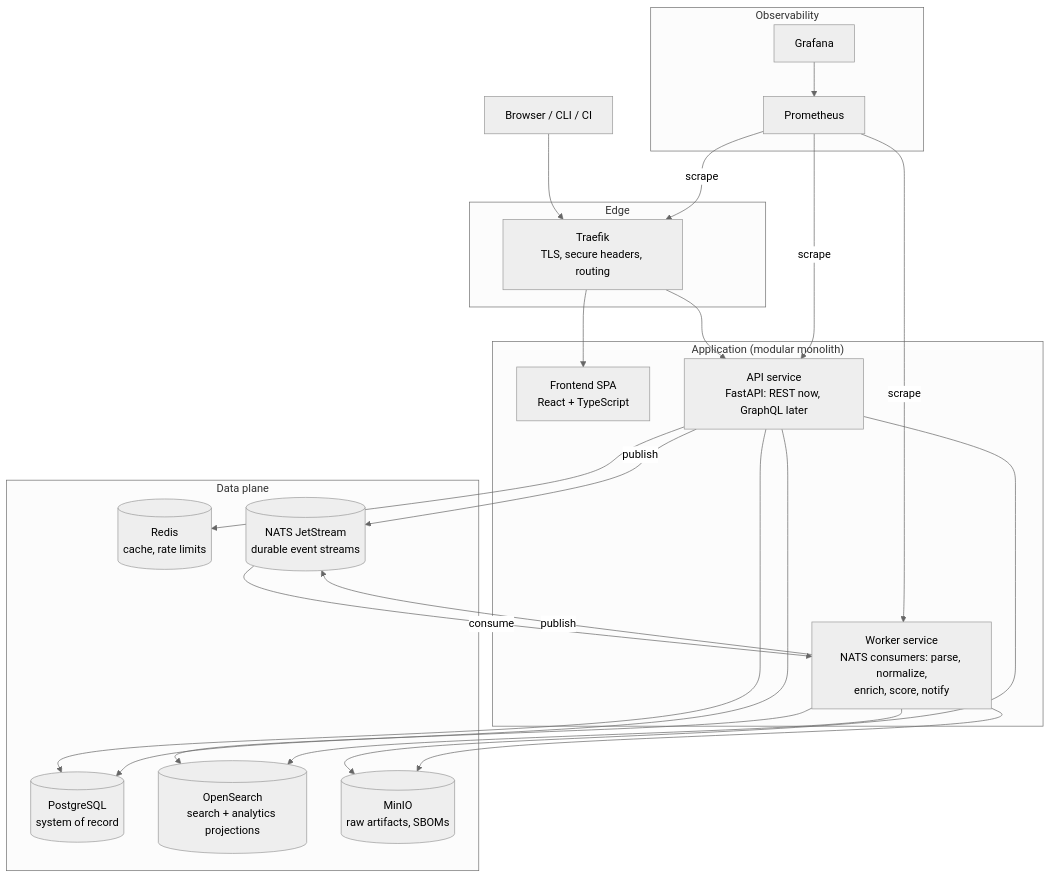
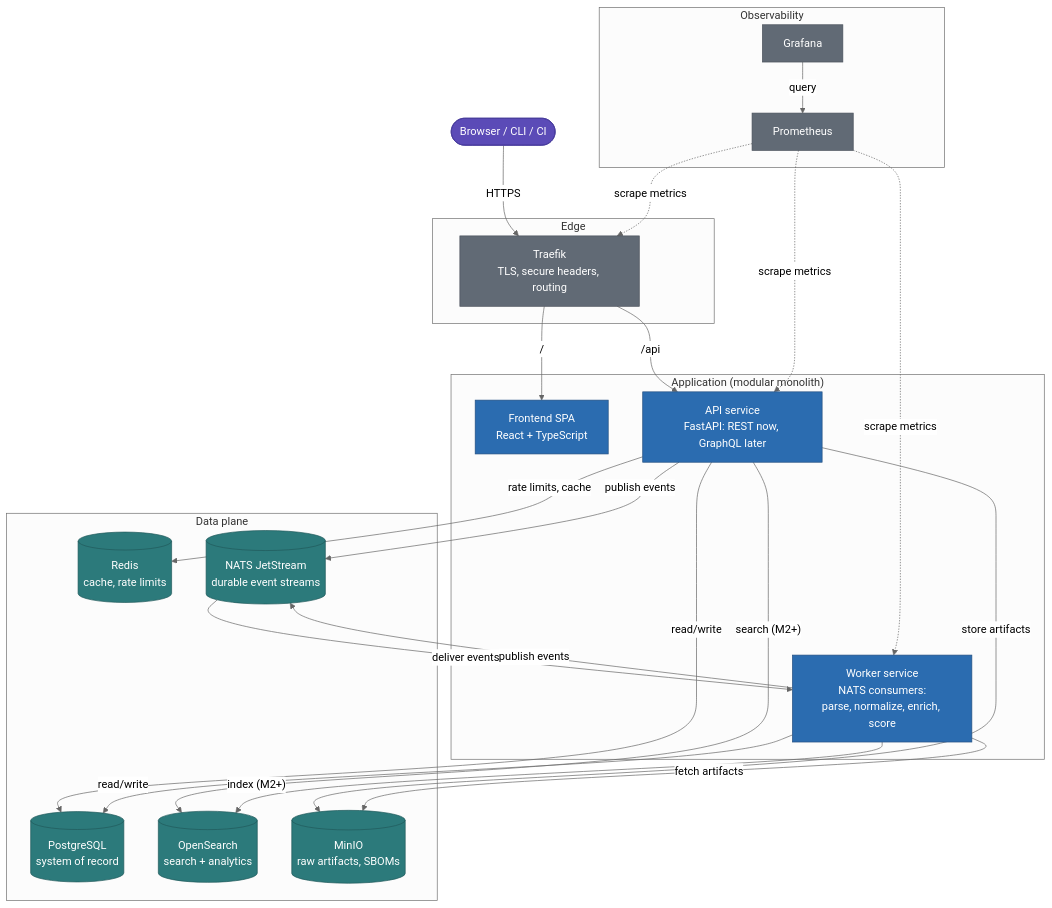
The second of 3 diagrams in docs/architecture/overview.md (PhinehasNarh/vuln-console), drawn with Mermaid (neutral theme) before and after one commit. The commit also changed other lines of this file and 98 other files, not shown here.

````diff
--- a/docs/architecture/overview.md
+++ b/docs/architecture/overview.md
@@ -55,45 +66,54 @@
 ```mermaid
 flowchart TB
-    user["Browser / CLI / CI"]
+    user(["Browser / CLI / CI"])
 
     subgraph edge["Edge"]
-        traefik["Traefik\nTLS, secure headers, routing"]
+        traefik["Traefik<br/>TLS, secure headers, routing"]
     end
 
     subgraph apps["Application (modular monolith)"]
-        spa["Frontend SPA\nReact + TypeScript"]
-        api["API service\nFastAPI: REST now, GraphQL later"]
-        worker["Worker service\nNATS consumers: parse, normalize,\nenrich, score, notify"]
+        spa["Frontend SPA<br/>React + TypeScript"]
+        api["API service<br/>FastAPI: REST now, GraphQL later"]
+        worker["Worker service<br/>NATS consumers:<br/>parse, normalize, enrich, score"]
     end
 
     subgraph data["Data plane"]
-        pg[("PostgreSQL\nsystem of record")]
-        os[("OpenSearch\nsearch + analytics projections")]
-        redis[("Redis\ncache, rate limits")]
-        minio[("MinIO\nraw artifacts, SBOMs")]
-        nats[("NATS JetStream\ndurable event streams")]
+        pg[("PostgreSQL<br/>system of record")]
+        os[("OpenSearch<br/>search + analytics")]
+        redis[("Redis<br/>cache, rate limits")]
+        minio[("MinIO<br/>raw artifacts, SBOMs")]
+        nats[("NATS JetStream<br/>durable event streams")]
     end
 
     subgraph obs["Observability"]
         prom["Prometheus"]
         graf["Grafana"]
     end
 
-    user --> traefik
-    traefik --> spa
-    traefik --> api
-    api --> pg
-    api --> redis
-    api --> os
-    api --> minio
-    api -->|publish| nats
-    nats -->|consume| worker
-    worker --> pg
-    worker --> os
-    worker --> minio
-    worker -->|publish| nats
-    prom -->|scrape| api
-    prom -->|scrape| worker
-    prom -->|scrape| traefik
-    graf --> prom
+    user -->|"HTTPS"| traefik
+    traefik -->|"/"| spa
+    traefik -->|"/api"| api
+    api -->|"read/write"| pg
+    api -->|"rate limits, cache"| redis
+    api -->|"search (M2+)"| os
+    api -->|"store artifacts"| minio
+    api -->|"publish events"| nats
+    nats -->|"deliver events"| worker
+    worker -->|"read/write"| pg
+    worker -->|"index (M2+)"| os
+    worker -->|"fetch artifacts"| minio
+    worker -->|"publish events"| nats
+    prom -.->|"scrape metrics"| api
+    prom -.->|"scrape metrics"| worker
+    prom -.->|"scrape metrics"| traefik
+    graf -->|"query"| prom
+
+    classDef platform fill:#2b6cb0,stroke:#234f80,color:#ffffff
+    classDef store fill:#2c7a7b,stroke:#215a5b,color:#ffffff
+    classDef infra fill:#616a75,stroke:#49505a,color:#ffffff
+    classDef person fill:#5b4bb7,stroke:#43389a,color:#ffffff
+    class spa,api,worker platform
+    class pg,os,redis,minio,nats store
+    class traefik,prom,graf infra
+    class user person
 ```
````
